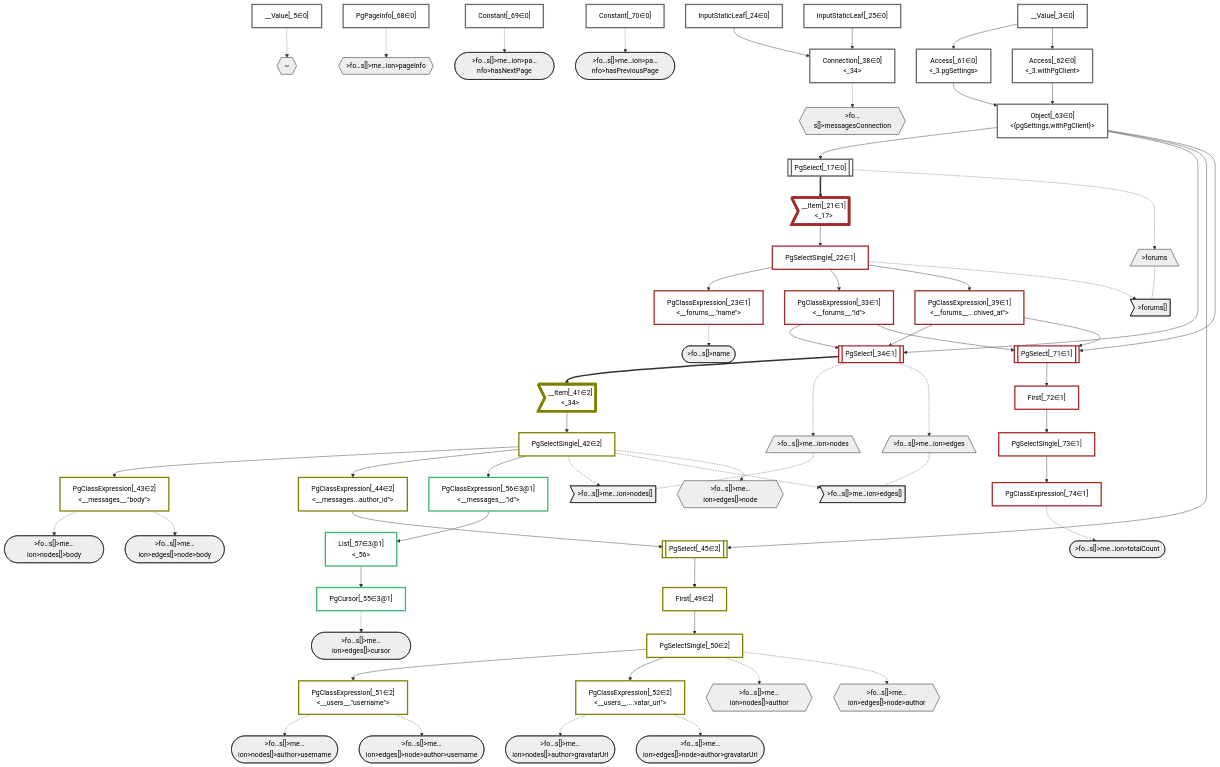
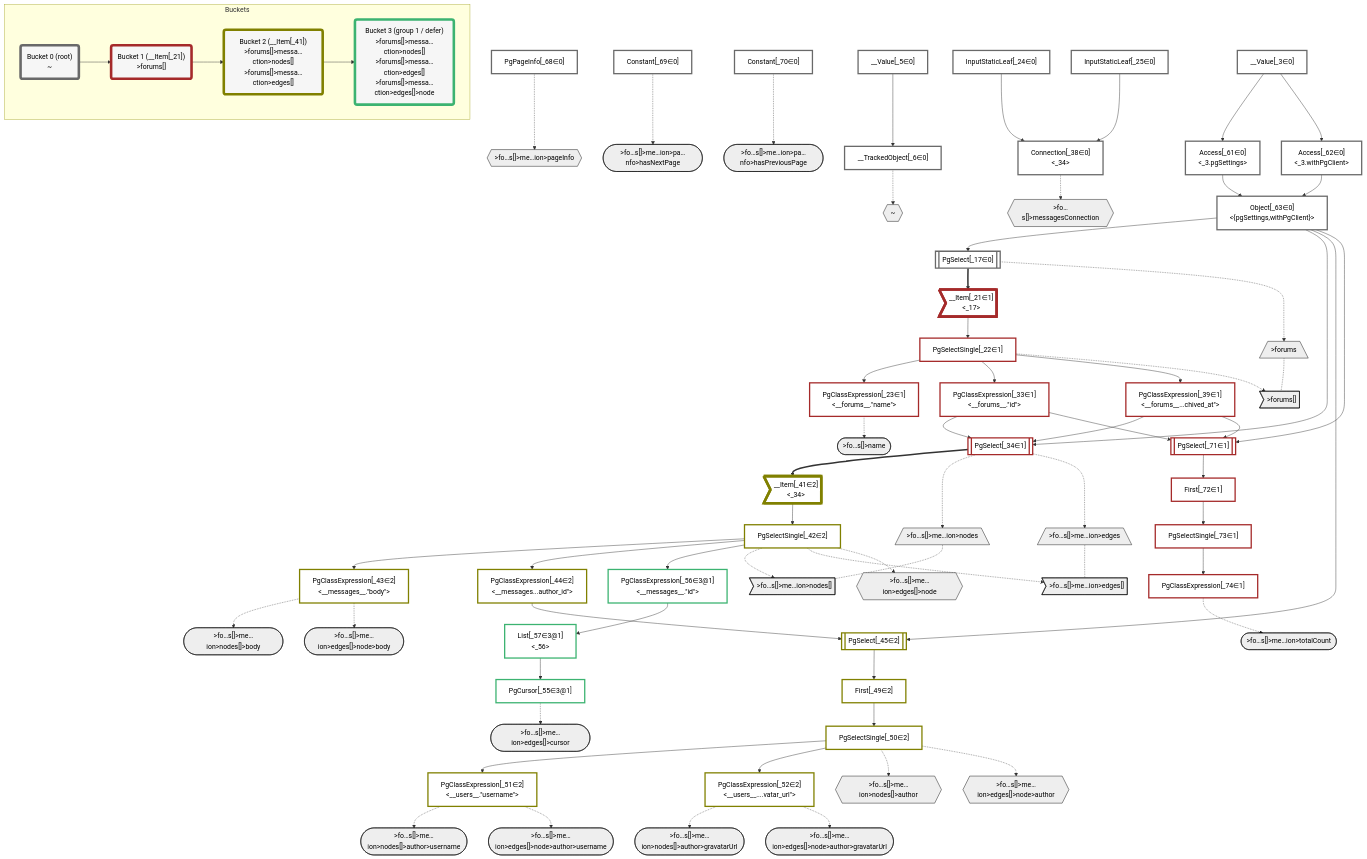
The diagram in packages/dataplan-pg/__tests__/queries/conditions/archived-forum-inherited-messages.defer-5.deopt.mermaid.md (graphile/crystal), drawn with Mermaid before and after one commit. The commit also changed 195 other files, not shown here.

````diff
--- a/packages/dataplan-pg/__tests__/queries/conditions/archived-forum-inherited-messages.defer-5.deopt.mermaid.md
+++ b/packages/dataplan-pg/__tests__/queries/conditions/archived-forum-inherited-messages.defer-5.deopt.mermaid.md
@@ -4,6 +4,7 @@
     classDef plan fill:#fff,stroke-width:3px,color:#000
     classDef itemplan fill:#fff,stroke-width:6px,color:#000
     classDef sideeffectplan fill:#f00,stroke-width:6px,color:#000
+    classDef bucket fill:#f6f6f6,color:#000,stroke-width:6px
 
     %% subgraph fields
     P1{{"~"}}:::path
@@ -56,6 +57,7 @@
     %% define plans
     __Value_3["__Value[_3∈0]<br /><context>"]:::plan
     __Value_5["__Value[_5∈0]<br /><rootValue>"]:::plan
+    __TrackedObject_6["__TrackedObject[_6∈0]"]:::plan
     PgSelect_17[["PgSelect[_17∈0]<br /><forums>"]]:::plan
     __Item_21>"__Item[_21∈1]<br /><_17>"]:::itemplan
     PgSelectSingle_22["PgSelectSingle[_22∈1]<br /><forums>"]:::plan
@@ -90,6 +92,7 @@
     PgClassExpression_74["PgClassExpression[_74∈1]<br /><count(*)>"]:::plan
 
     %% plan dependencies
+    __Value_5 --> __TrackedObject_6
     Object_63 --> PgSelect_17
     PgSelect_17 ==> __Item_21
     __Item_21 --> PgSelectSingle_22
@@ -126,7 +129,7 @@
     PgSelectSingle_73 --> PgClassExpression_74
 
     %% plan-to-path relationships
-    __Value_5 -.-> P1
+    __TrackedObject_6 -.-> P1
     PgSelect_17 -.-> P2
     PgSelectSingle_22 -.-> P3
     PgClassExpression_23 -.-> P4
@@ -152,11 +155,25 @@
 
     %% allocate buckets
     classDef bucket0 stroke:#696969
-    class __Value_3,__Value_5,PgSelect_17,InputStaticLeaf_24,InputStaticLeaf_25,Connection_38,Access_61,Access_62,Object_63,PgPageInfo_68,Constant_69,Constant_70 bucket0
+    class __Value_3,__Value_5,__TrackedObject_6,PgSelect_17,InputStaticLeaf_24,InputStaticLeaf_25,Connection_38,Access_61,Access_62,Object_63,PgPageInfo_68,Constant_69,Constant_70 bucket0
     classDef bucket1 stroke:#a52a2a
     class __Item_21,PgSelectSingle_22,PgClassExpression_23,PgClassExpression_33,PgSelect_34,PgClassExpression_39,PgSelect_71,First_72,PgSelectSingle_73,PgClassExpression_74 bucket1
     classDef bucket2 stroke:#808000
     class __Item_41,PgSelectSingle_42,PgClassExpression_43,PgClassExpression_44,PgSelect_45,First_49,PgSelectSingle_50,PgClassExpression_51,PgClassExpression_52 bucket2
     classDef bucket3 stroke:#3cb371
     class PgCursor_55,PgClassExpression_56,List_57 bucket3
+
+    subgraph Buckets
+    Bucket0("Bucket 0 (root)<br />~"):::bucket
+    style Bucket0 stroke:#696969
+    Bucket1("Bucket 1 (__Item[_21])<br />>forums[]"):::bucket
+    style Bucket1 stroke:#a52a2a
+    Bucket0 --> Bucket1
+    Bucket2("Bucket 2 (__Item[_41])<br />>forums[]>messa…ction>nodes[]<br />>forums[]>messa…ction>edges[]"):::bucket
+    style Bucket2 stroke:#808000
+    Bucket1 --> Bucket2
+    Bucket3("Bucket 3 (group 1 / defer)<br />>forums[]>messa…ction>nodes[]<br />>forums[]>messa…ction>edges[]<br />>forums[]>messa…ction>edges[]>node"):::bucket
+    style Bucket3 stroke:#3cb371
+    Bucket2 --> Bucket3
+    end
 ```
````
